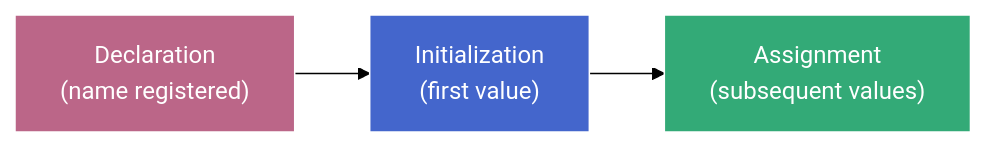
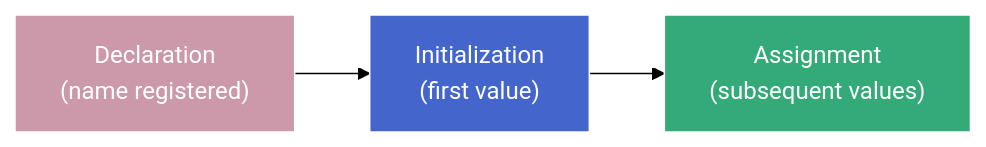
The diagram in courses/js-vars-scope/variable-lifecycle.md (kltduong/study-notes), drawn with Mermaid (forest theme) before and after one commit. The commit also changed other lines of this file, not shown here.

````diff
--- a/courses/js-vars-scope/variable-lifecycle.md
+++ b/courses/js-vars-scope/variable-lifecycle.md
@@ -132,9 +132,9 @@
 ```mermaid
 graph LR
     A["Declaration<br/>(name registered)"] --> B["Initialization<br/>(first value)"]
     B --> C["Assignment<br/>(subsequent values)"]
 
-    style A fill:#b68,stroke:#fff,color:#fff
+    style A fill:#c9a,stroke:#fff,color:#fff
     style B fill:#46c,stroke:#fff,color:#fff
     style C fill:#3a7,stroke:#fff,color:#fff
 ```
````
